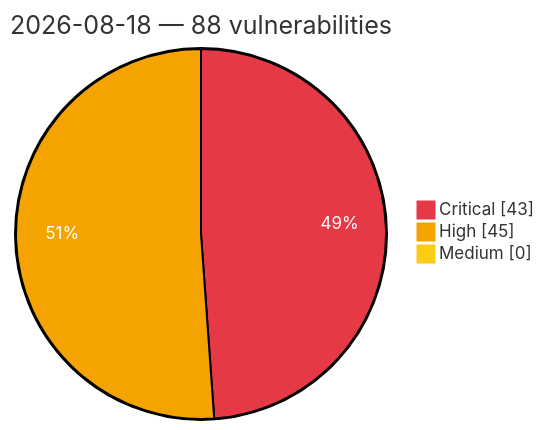
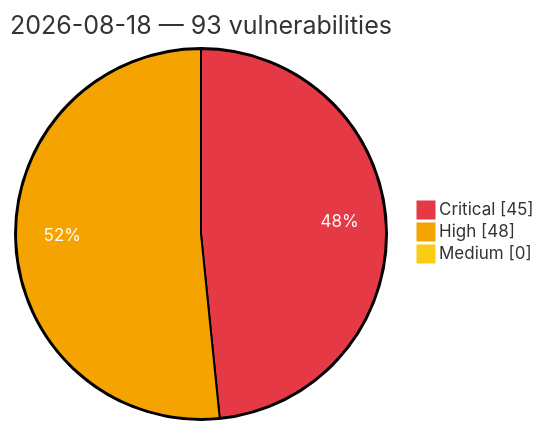
One commit to GhostX0X/vuln-tracker changed the diagram in vulnerabilities/2026/August/2026-08-18.md. Above: the diagram before and after it, drawn with Mermaid. The commit also changed other lines of this file and 5 other files, not shown here.

Commit message:
Auto update: critical/high vulns (2026-08-18 19:49 UTC)

````diff
--- a/vulnerabilities/2026/August/2026-08-18.md
+++ b/vulnerabilities/2026/August/2026-08-18.md
@@ -3,8 +3,8 @@
 ```mermaid
 %%{init: {'theme':'base', 'themeVariables': {'pie1':'#e63946', 'pie2':'#f4a300', 'pie3':'#facc15', 'pieOpacity':'1', 'pieOuterStrokeWidth':'2px', 'pieSectionTextColor':'#ffffff'}}}%%
 pie showData
-    title 2026-08-18 — 88 vulnerabilities
-    "Critical" : 43
-    "High" : 45
+    title 2026-08-18 — 93 vulnerabilities
+    "Critical" : 45
+    "High" : 48
     "Medium" : 0
 ```
````
